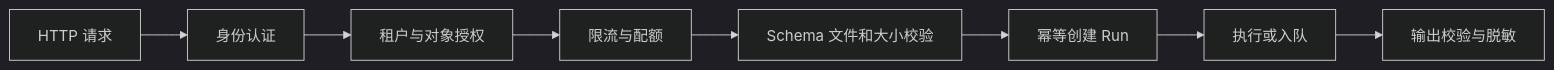
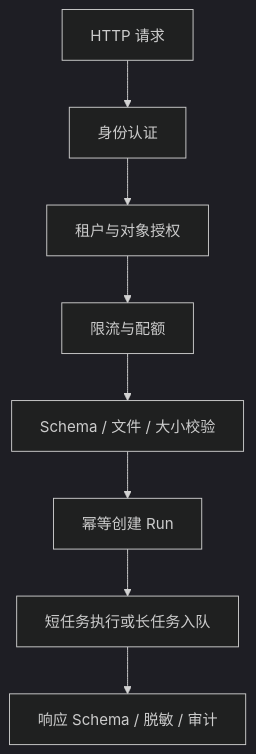
Before and after one commit to wujinjun/ai-agent-book: the third of 5 diagrams in docs/part-05-engineering/ch24-fastapi.md, drawn with Mermaid (dark theme). The commit also changed other lines of this file and 536 other files, not shown here.

````diff
--- a/docs/part-05-engineering/ch24-fastapi.md
+++ b/docs/part-05-engineering/ch24-fastapi.md
@@ -49,13 +57,13 @@
 ```mermaid
 %% id: fastapi-request-security-lifecycle
 %% title: FastAPI 请求安全生命周期
 %% alt: 请求经身份认证租户与对象授权限流输入校验后创建幂等 Run，输出再经 Schema 和脱敏处理
-flowchart LR
-    Input[HTTP 请求] --> AuthN[身份认证]
-    AuthN --> AuthZ[租户与对象授权]
-    AuthZ --> Rate[限流与配额]
-    Rate --> Validate[Schema 文件和大小校验]
-    Validate --> Idempotency[幂等创建 Run]
-    Idempotency --> Execute[执行或入队]
-    Execute --> Output[输出校验与脱敏]
+flowchart TB
+    Input["HTTP 请求"] --> AuthN["身份认证"]
+    AuthN --> AuthZ["租户与对象授权"]
+    AuthZ --> Rate["限流与配额"]
+    Rate --> Validate["Schema / 文件 / 大小校验"]
+    Validate --> Idempotency["幂等创建 Run"]
+    Idempotency --> Execute["短任务执行或长任务入队"]
+    Execute --> Output["响应 Schema / 脱敏 / 审计"]
 ```
````
